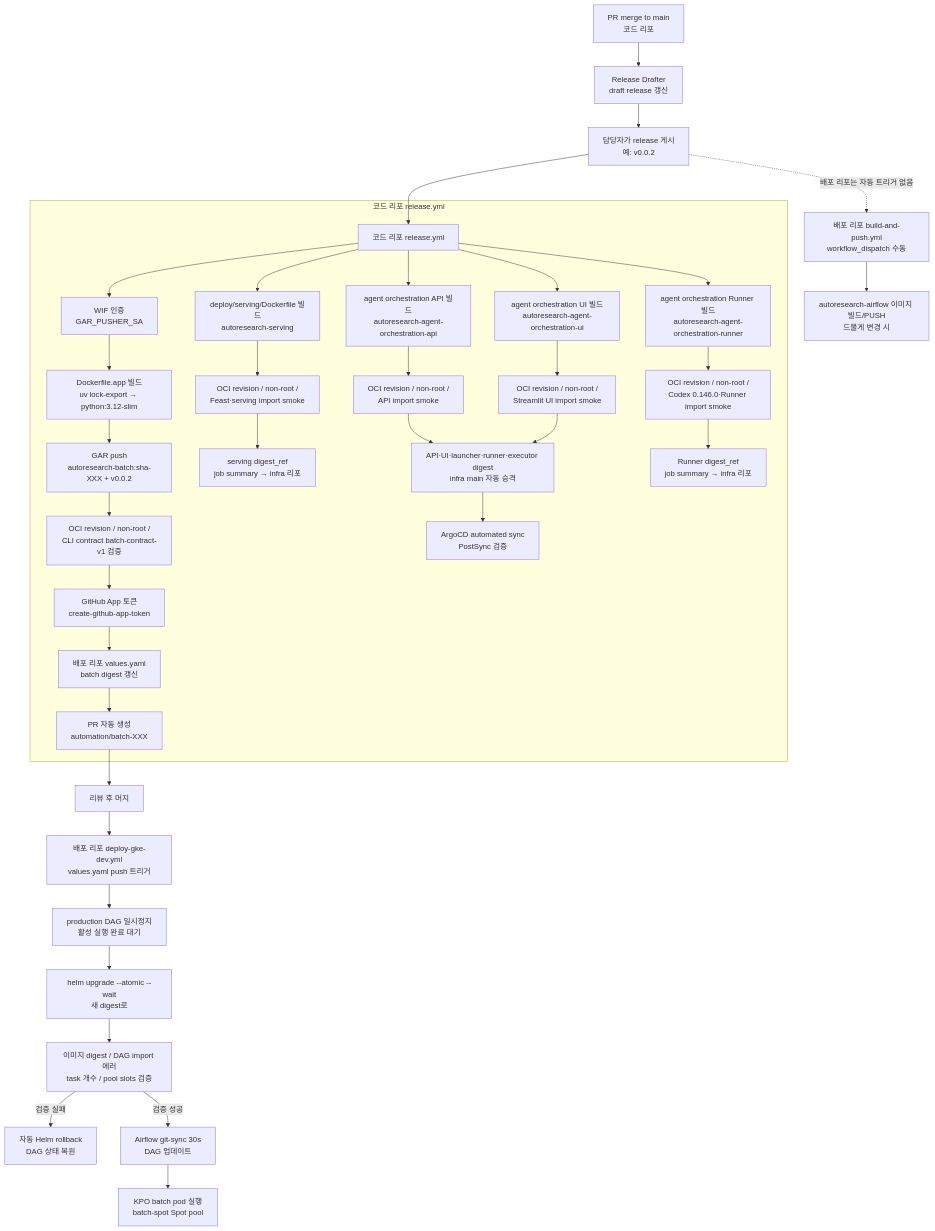
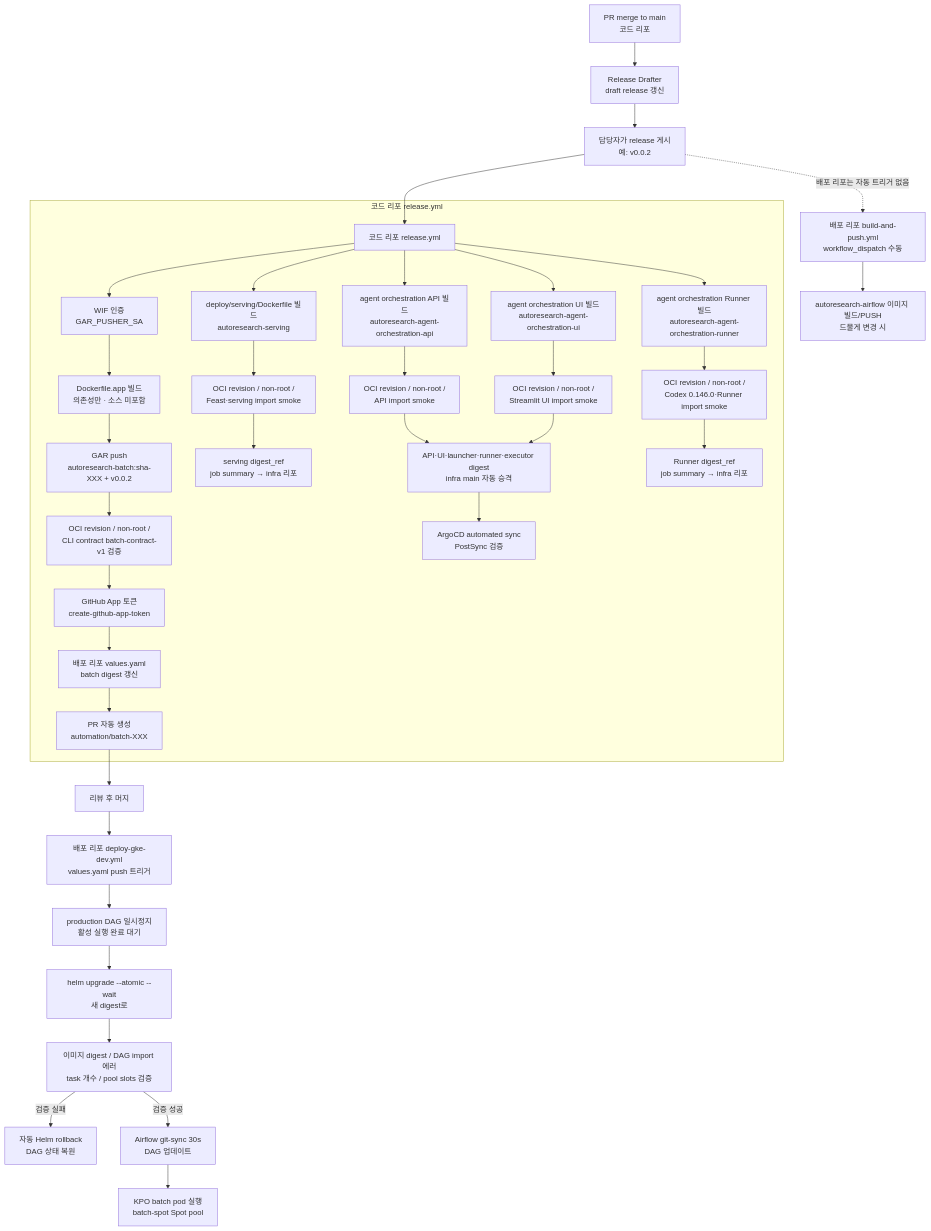
Before and after one commit to SKYAHO/Autoresearch: the diagram in docs/guides/release-pipeline.md, drawn with Mermaid. The commit also changed other lines of this file and 4 other files, not shown here.

````diff
--- a/docs/guides/release-pipeline.md
+++ b/docs/guides/release-pipeline.md
@@ -24,41 +24,41 @@
 ```mermaid
 flowchart TD
     PR[PR merge to main<br/>코드 리포] --> RD[Release Drafter<br/>draft release 갱신]
     RD --> PUB[담당자가 release 게시<br/>예: v0.0.2]
     PUB --> RY[코드 리포 release.yml]
 
     subgraph 코드 리포 release.yml
         RY --> WIF1[WIF 인증<br/>GAR_PUSHER_SA]
-        WIF1 --> BUILD[Dockerfile.app 빌드<br/>uv lock-export → python:3.12-slim]
+        WIF1 --> BUILD[Dockerfile.app 빌드<br/>의존성만 · 소스 미포함]
         BUILD --> PUSH1[GAR push<br/>autoresearch-batch:sha-XXX + v0.0.2]
         PUSH1 --> VERIFY[OCI revision / non-root /<br/>CLI contract batch-contract-v1 검증]
         VERIFY --> APP[GitHub App 토큰<br/>create-github-app-token]
         APP --> PROMO[배포 리포 values.yaml<br/>batch digest 갱신]
         PROMO --> PRAUTO[PR 자동 생성<br/>automation/batch-XXX]
         RY --> SERVING[deploy/serving/Dockerfile 빌드<br/>autoresearch-serving]
         SERVING --> SVERIFY[OCI revision / non-root /<br/>Feast·serving import smoke]
         SVERIFY --> SSUMMARY[serving digest_ref<br/>job summary → infra 리포]
         RY --> ORCHAPI[agent orchestration API 빌드<br/>autoresearch-agent-orchestration-api]
         ORCHAPI --> ORCHAPIVERIFY[OCI revision / non-root /<br/>API import smoke]
         ORCHAPIVERIFY --> ORCHPROMOTE[API·UI·launcher·runner·executor digest<br/>infra main 자동 승격]
         RY --> ORCHRUNNER[agent orchestration Runner 빌드<br/>autoresearch-agent-orchestration-runner]
         ORCHRUNNER --> ORCHRUNNERVERIFY[OCI revision / non-root /<br/>Codex 0.146.0·Runner import smoke]
         ORCHRUNNERVERIFY --> ORCHRUNNERSUMMARY[Runner digest_ref<br/>job summary → infra 리포]
         RY --> ORCHUI[agent orchestration UI 빌드<br/>autoresearch-agent-orchestration-ui]
         ORCHUI --> ORCHUIVERIFY[OCI revision / non-root /<br/>Streamlit UI import smoke]
         ORCHUIVERIFY --> ORCHPROMOTE
         ORCHPROMOTE --> ARGOCD[ArgoCD automated sync<br/>PostSync 검증]
     end
 
     PRAUTO --> MERGE2[리뷰 후 머지]
     MERGE2 --> DEPLOY[배포 리포 deploy-gke-dev.yml<br/>values.yaml push 트리거]
     DEPLOY --> PAUSE[production DAG 일시정지<br/>활성 실행 완료 대기]
     PAUSE --> GKE[helm upgrade --atomic --wait<br/>새 digest로]
     GKE --> VERIFY2[이미지 digest / DAG import 에러<br/>task 개수 / pool slots 검증]
     VERIFY2 -->|검증 실패| ROLLBACK[자동 Helm rollback<br/>DAG 상태 복원]
     VERIFY2 -->|검증 성공| GITSYNC[Airflow git-sync 30s<br/>DAG 업데이트]
     GITSYNC --> KPO[KPO batch pod 실행<br/>batch-spot Spot pool]
 
     PUB -.->|배포 리포는 자동 트리거 없음| BAP[배포 리포 build-and-push.yml<br/>workflow_dispatch 수동]
     BAP --> AIRFLOW[autoresearch-airflow 이미지 빌드/PUSH<br/>드물게 변경 시]
 ```
````
